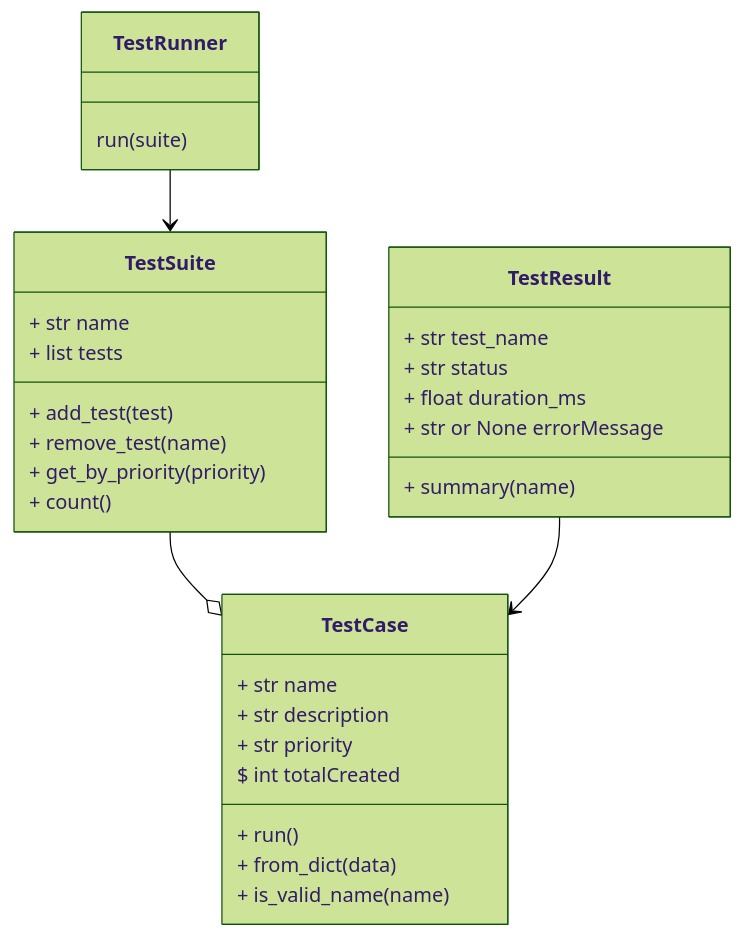
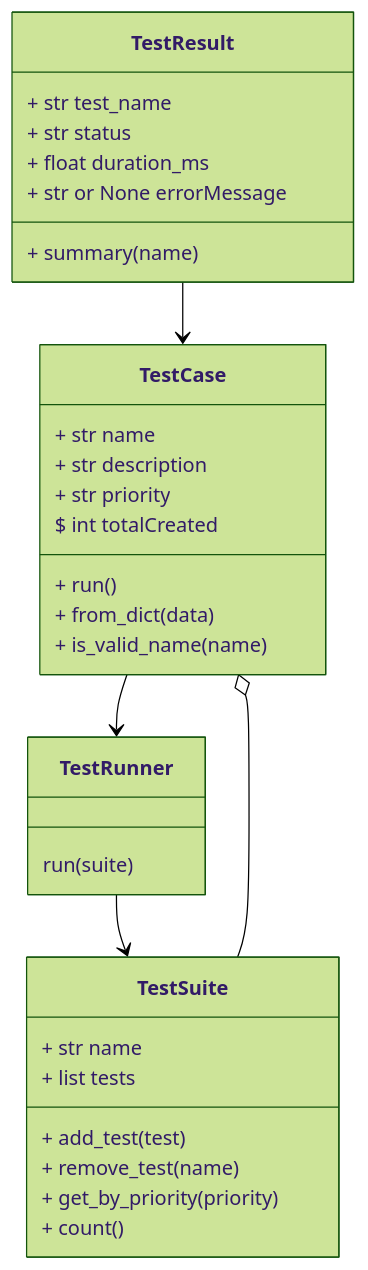
One commit to TRNG-00002423/kaitlyn_revature_repo changed the diagram in exercises/week_1/day_3/exercise_oop/templates/class_hierarchy.mermaid. Above: the diagram before and after it, drawn with Mermaid (forest theme). The commit also changed 1 other file, not shown here.

```diff
--- a/exercises/week_1/day_3/exercise_oop/templates/class_hierarchy.mermaid
+++ b/exercises/week_1/day_3/exercise_oop/templates/class_hierarchy.mermaid
@@ -1,36 +1,37 @@
 classDiagram
     class TestCase {
         + str name
         + str description
         + str priority
         $ int totalCreated
         + run()
         + from_dict(data)
         + is_valid_name(name)
     }
 
     class TestResult {
         + str test_name
         + str status
         + float duration_ms
         + str or None errorMessage
         + summary(name)
     }
 
     class TestSuite {
         + str name
         + list tests
         + add_test(test)
         + remove_test(name)
         + get_by_priority(priority)
         + count()
     }
 
     class TestRunner {
         run(suite)
     }
 
     %% TODO: Define relationships between classes
     TestSuite --o TestCase
     TestRunner --> TestSuite
     TestResult --> TestCase
+    TestCase --> TestRunner
```
